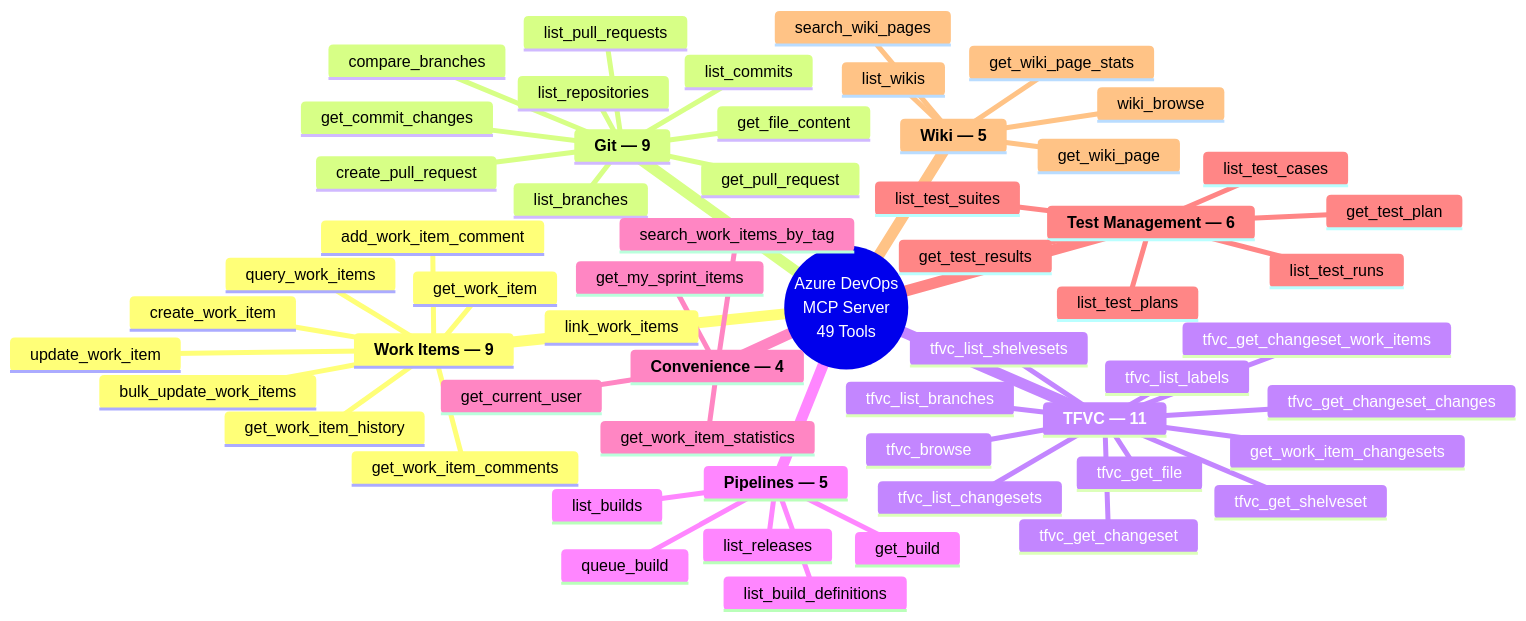
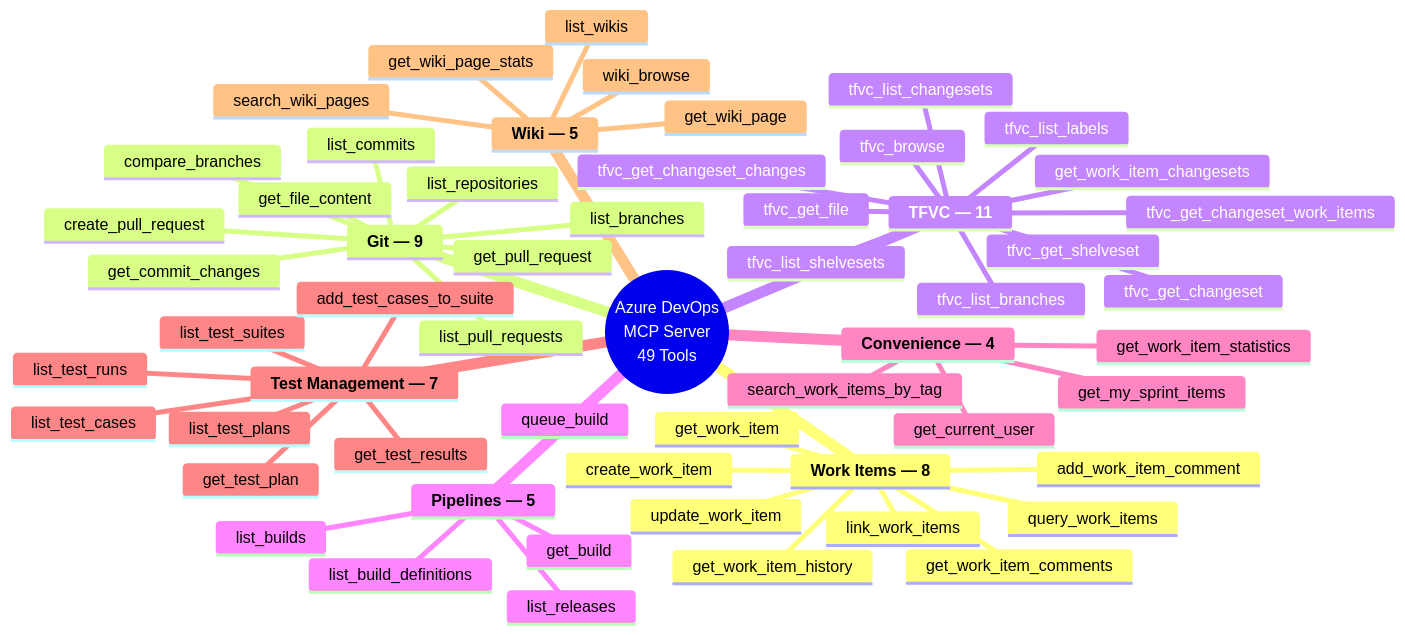
The diagram in README.md (burcusipahioglu/azure-devops-mcp-onprem), drawn with Mermaid before and after one commit. The commit also changed other lines of this file and 3 other files, not shown here.

Commit message:
refactor: drop bulk_update_work_items + fold work-items-advanced into work-items; doc add_test_cases_to_suite

````diff
--- a/README.md
+++ b/README.md
@@ -50,60 +50,60 @@
 ```mermaid
 mindmap
   root((Azure DevOps<br/>MCP Server<br/>49 Tools))
-    **Work Items — 9**
+    **Work Items — 8**
       query_work_items
       get_work_item
       create_work_item
       update_work_item
       get_work_item_comments
       add_work_item_comment
       link_work_items
       get_work_item_history
-      bulk_update_work_items
     **Git — 9**
       list_repositories
       list_branches
       get_file_content
       list_pull_requests
       get_pull_request
       create_pull_request
       list_commits
       get_commit_changes
       compare_branches
     **TFVC — 11**
       tfvc_browse
       tfvc_get_file
       tfvc_get_changeset
       tfvc_list_changesets
       tfvc_get_changeset_changes
       tfvc_get_changeset_work_items
       tfvc_list_branches
       tfvc_list_shelvesets
       tfvc_get_shelveset
       tfvc_list_labels
       get_work_item_changesets
     **Pipelines — 5**
       list_build_definitions
       queue_build
       get_build
       list_builds
       list_releases
     **Convenience — 4**
       get_my_sprint_items
       search_work_items_by_tag
       get_work_item_statistics
       get_current_user
-    **Test Management — 6**
+    **Test Management — 7**
       list_test_plans
       get_test_plan
       list_test_suites
       list_test_cases
       list_test_runs
       get_test_results
+      add_test_cases_to_suite
     **Wiki — 5**
       list_wikis
       get_wiki_page
       wiki_browse
       get_wiki_page_stats
       search_wiki_pages
 ```
````
